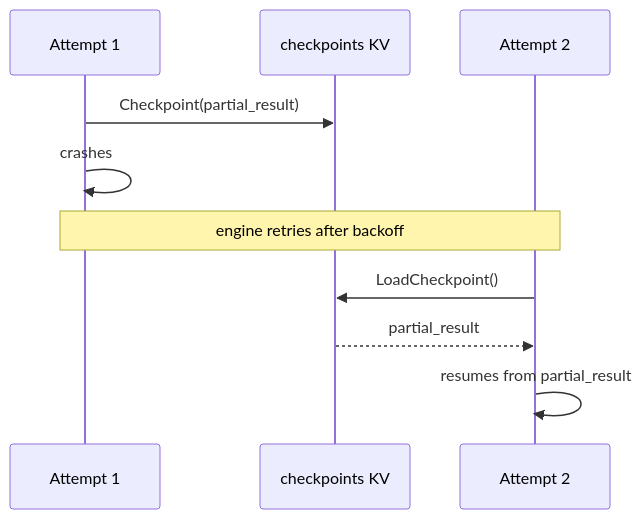
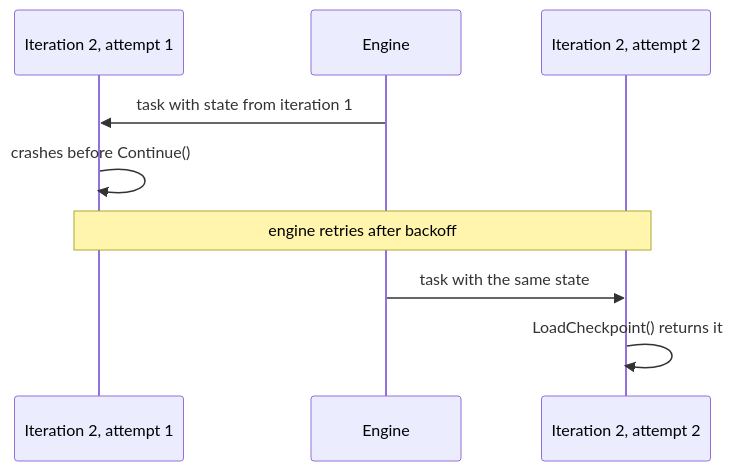
The diagram in docs/site/content/docs/coordination/checkpoints.md (danmestas/dagnats), drawn with Mermaid before and after one commit. The commit also changed other lines of this file and 18 other files, not shown here.

````diff
--- a/docs/site/content/docs/coordination/checkpoints.md
+++ b/docs/site/content/docs/coordination/checkpoints.md
@@ -78,13 +80,12 @@
 ```mermaid
 sequenceDiagram
-    participant W1 as Attempt 1
-    participant KV as checkpoints KV
-    participant W2 as Attempt 2
+    participant W1 as Iteration 2, attempt 1
+    participant E as Engine
+    participant W2 as Iteration 2, attempt 2
 
-    W1->>KV: Checkpoint(partial_result)
-    W1->>W1: crashes
+    E->>W1: task with state from iteration 1
+    W1->>W1: crashes before Continue()
     Note over W1,W2: engine retries after backoff
-    W2->>KV: LoadCheckpoint()
-    KV-->>W2: partial_result
-    W2->>W2: resumes from partial_result
+    E->>W2: task with the same state
+    W2->>W2: LoadCheckpoint() returns it
 ```
````
